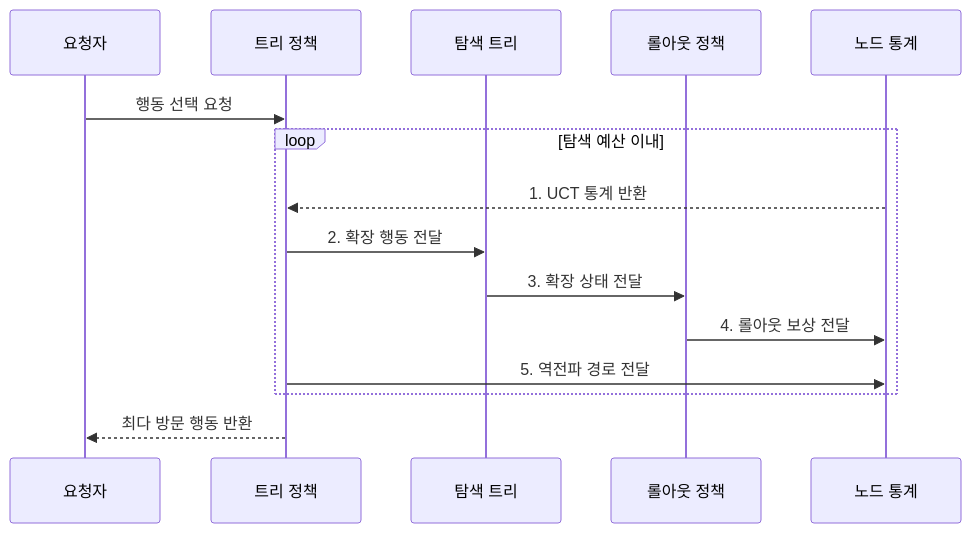
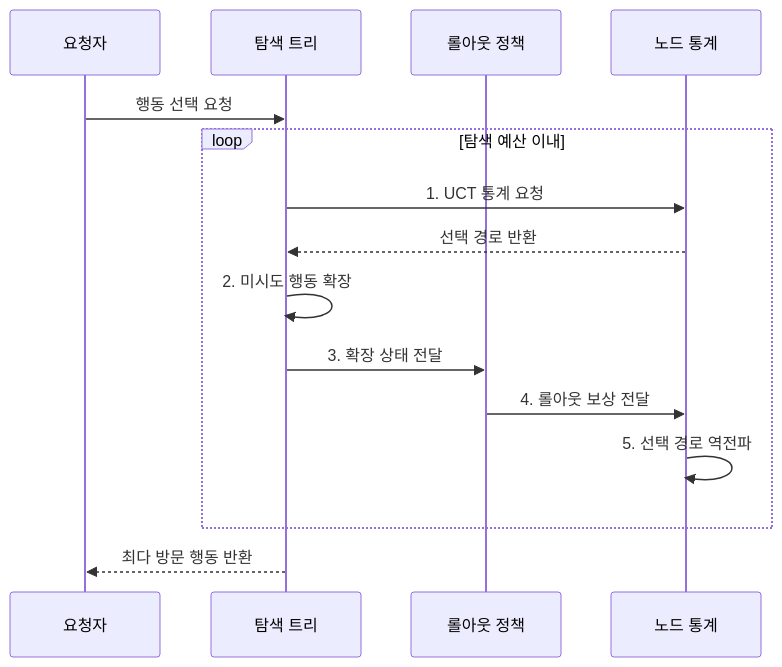
One commit to agnusdei1207/knowledge-base changed the second of 2 diagrams in src/content/docs/notes/01-basic-theory/018_mcts.md. Above: the diagram before and after it, drawn with Mermaid. The commit also changed other lines of this file and 4 other files, not shown here.

Commit message:
Reduce algorithm flow participants

````diff
--- a/src/content/docs/notes/01-basic-theory/018_mcts.md
+++ b/src/content/docs/notes/01-basic-theory/018_mcts.md
@@ -104,17 +104,17 @@
 ```mermaid
 sequenceDiagram
     participant Q as 요청자
-    participant T as 트리 정책
-    participant R as 탐색 트리
+    participant T as 탐색 트리
     participant P as 롤아웃 정책
     participant S as 노드 통계
     Q->>T: 행동 선택 요청
     loop 탐색 예산 이내
-        S-->>T: 1. UCT 통계 반환
-        T->>R: 2. 확장 행동 전달
-        R->>P: 3. 확장 상태 전달
+        T->>S: 1. UCT 통계 요청
+        S-->>T: 선택 경로 반환
+        T->>T: 2. 미시도 행동 확장
+        T->>P: 3. 확장 상태 전달
         P->>S: 4. 롤아웃 보상 전달
-        T->>S: 5. 역전파 경로 전달
+        S->>S: 5. 선택 경로 역전파
     end
     T-->>Q: 최다 방문 행동 반환
 ```
````
